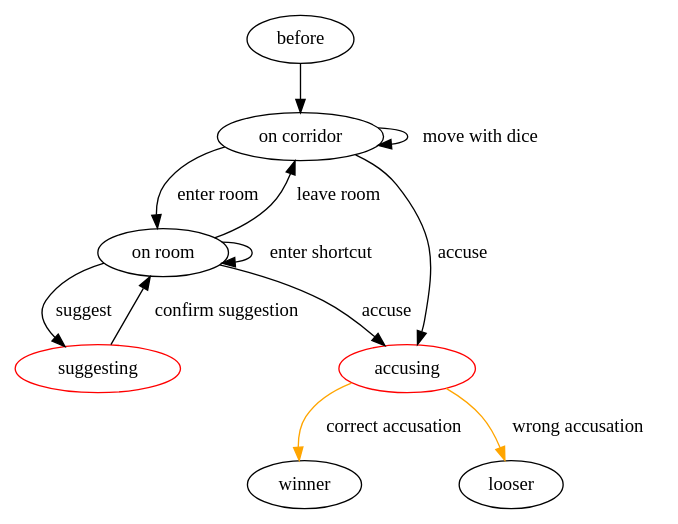
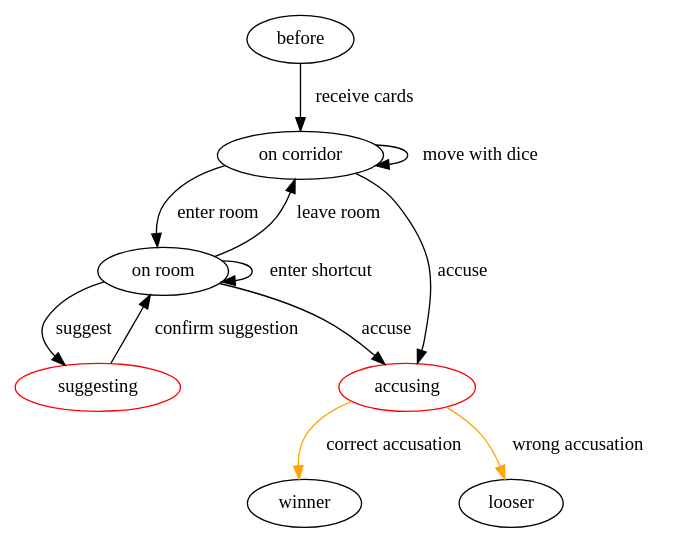
The diagram in gameflow.dot (gustavonmartins/cluedo), drawn with Graphviz before and after one commit. The commit also changed 4 other files, not shown here.

```diff
--- a/gameflow.dot
+++ b/gameflow.dot
@@ -1,22 +1,22 @@
 digraph {
 	rankdir = BL
 	I [label=before]
 	A [label="on corridor"]
 	C [label="on room"]
 	B [color=red, label="suggesting"]
 	D [color=red, label="accusing"]
 	H [label=winner]
 	E [label=looser]
 	A -> A [label="move with dice"]
     A -> C [label="enter room"]
-    I -> A
+    I -> A [label="receive cards"]
     C -> C [label="enter shortcut"]
     C -> B [label="suggest"]
     B -> C [label="confirm suggestion"]
     C -> A [label="leave room"]
     C -> D [label="accuse"]
     A -> D [label="accuse"]
     D -> E [label="wrong accusation", color=orange]
     D -> H [label="correct accusation", color=orange]
 
 }
```
